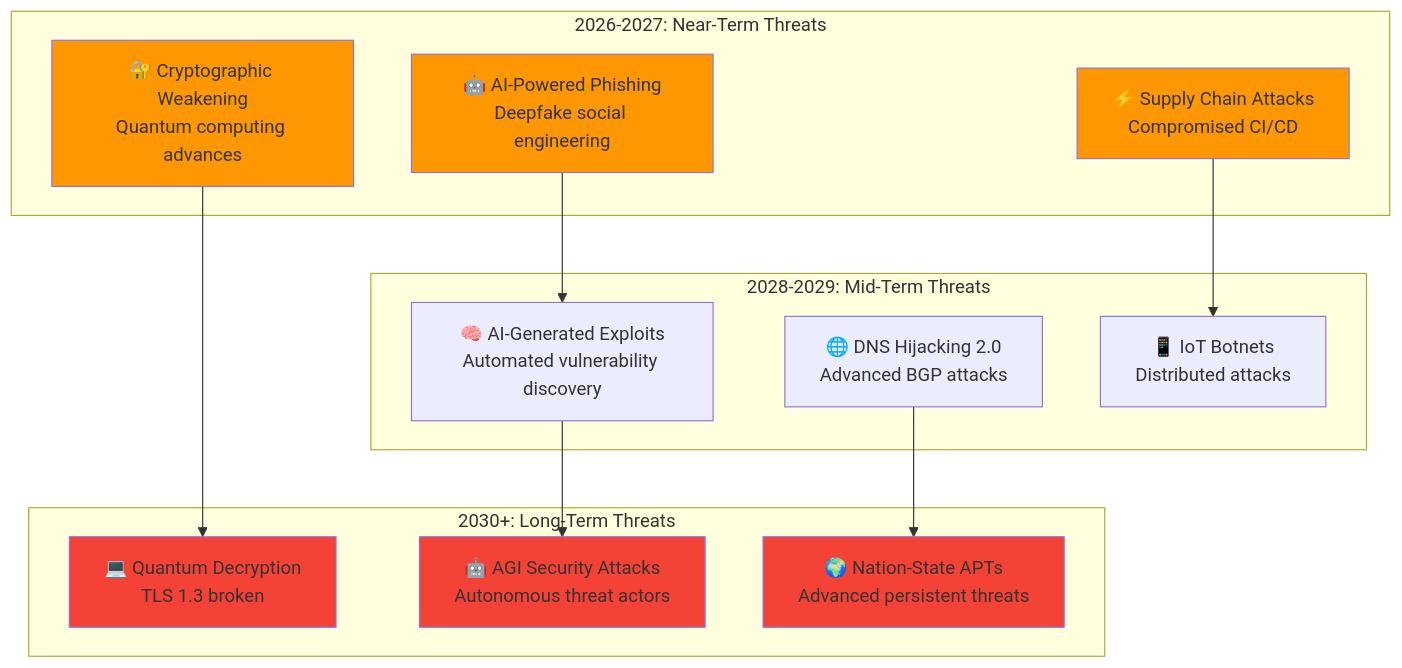
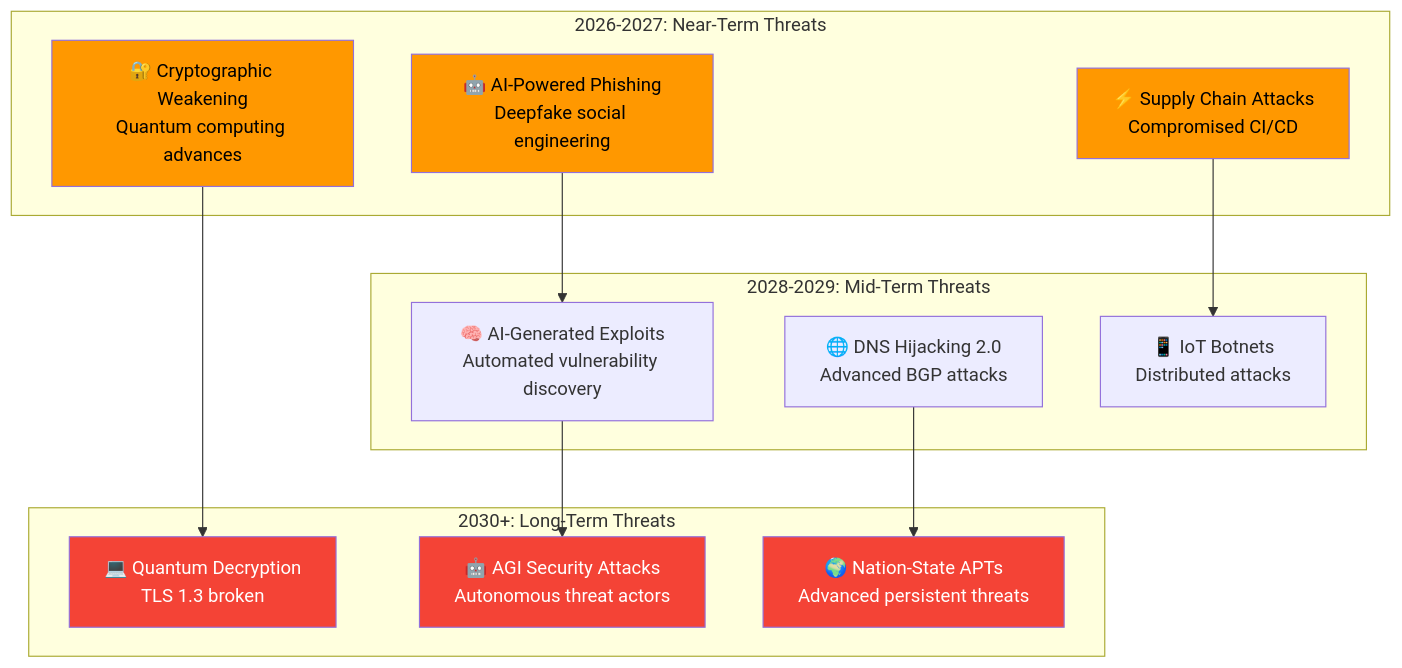
One commit to Hack23/riksdagsmonitor changed the second of 9 diagrams in FUTURE_SECURITY_ARCHITECTURE.md. Above: the diagram before and after it, drawn with Mermaid. The commit also changed other lines of this file and 11 other files, not shown here.

First line of the commit message:
Fix broken mermaid diagrams: SWOT gantt, quadrantChart theming, init quotes, text colors

````diff
--- a/FUTURE_SECURITY_ARCHITECTURE.md
+++ b/FUTURE_SECURITY_ARCHITECTURE.md
@@ -182,33 +182,33 @@
 ```mermaid
 graph TB
     subgraph "2026-2027: Near-Term Threats"
         T1[🤖 AI-Powered Phishing<br/>Deepfake social engineering]
         T2[🔐 Cryptographic Weakening<br/>Quantum computing advances]
         T3[⚡ Supply Chain Attacks<br/>Compromised CI/CD]
     end
     
     subgraph "2028-2029: Mid-Term Threats"
         T4[🧠 AI-Generated Exploits<br/>Automated vulnerability discovery]
         T5[🌐 DNS Hijacking 2.0<br/>Advanced BGP attacks]
         T6[📱 IoT Botnets<br/>Distributed attacks]
     end
     
     subgraph "2030+: Long-Term Threats"
         T7[💻 Quantum Decryption<br/>TLS 1.3 broken]
         T8[🤖 AGI Security Attacks<br/>Autonomous threat actors]
         T9[🌍 Nation-State APTs<br/>Advanced persistent threats]
     end
     
     T1 --> T4
     T2 --> T7
     T3 --> T6
     T4 --> T8
     T5 --> T9
     
-    style T1 fill:#ff9800
-    style T2 fill:#ff9800
-    style T3 fill:#ff9800
-    style T7 fill:#f44336
-    style T8 fill:#f44336
-    style T9 fill:#f44336
+    style T1 fill:#ff9800,color:#000000
+    style T2 fill:#ff9800,color:#000000
+    style T3 fill:#ff9800,color:#000000
+    style T7 fill:#f44336,color:#ffffff
+    style T8 fill:#f44336,color:#ffffff
+    style T9 fill:#f44336,color:#ffffff
 ```
````
